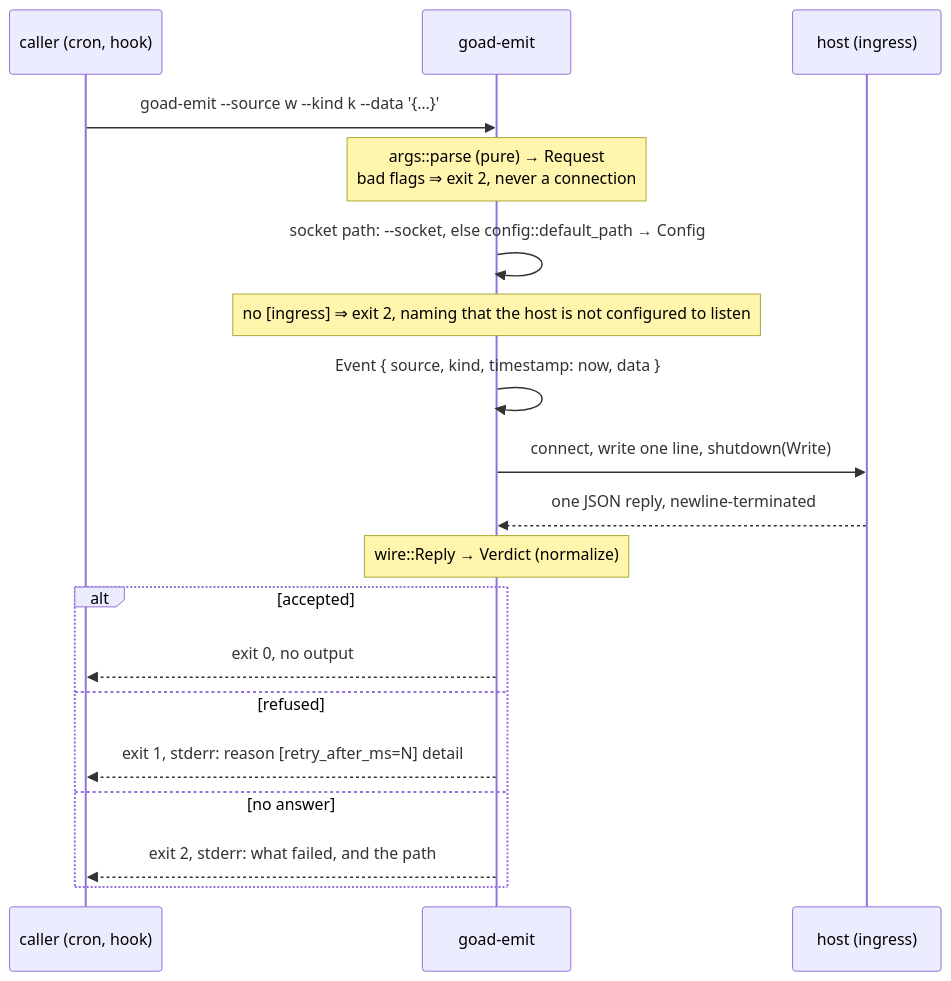
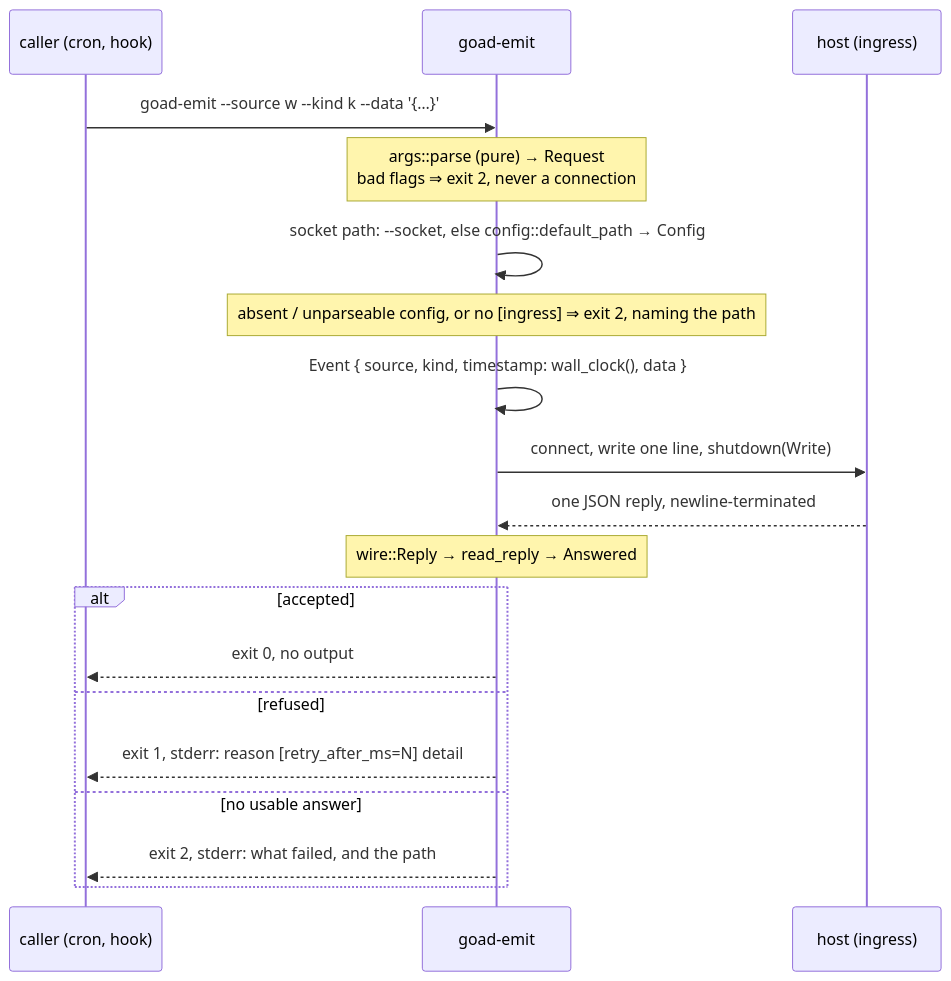
The second of 2 diagrams in docs/slices/005/design.md (davidlee/goad), drawn with Mermaid before and after one commit. The commit also changed other lines of this file and 4 other files, not shown here.

````diff
--- a/docs/slices/005/design.md
+++ b/docs/slices/005/design.md
@@ -186,22 +182,22 @@
 ```mermaid
 sequenceDiagram
   participant C as caller (cron, hook)
   participant E as goad-emit
   participant H as host (ingress)
 
   C->>E: goad-emit --source w --kind k --data '{…}'
   Note over E: args::parse (pure) → Request<br/>bad flags ⇒ exit 2, never a connection
   E->>E: socket path: --socket, else config::default_path → Config
-  Note over E: no [ingress] ⇒ exit 2, naming that the host is not configured to listen
-  E->>E: Event { source, kind, timestamp: now, data }
+  Note over E: absent / unparseable config, or no [ingress] ⇒ exit 2, naming the path
+  E->>E: Event { source, kind, timestamp: wall_clock(), data }
   E->>H: connect, write one line, shutdown(Write)
   H-->>E: one JSON reply, newline-terminated
-  Note over E: wire::Reply → Verdict (normalize)
+  Note over E: wire::Reply → read_reply → Answered
   alt accepted
     E-->>C: exit 0, no output
   else refused
     E-->>C: exit 1, stderr: reason [retry_after_ms=N] detail
-  else no answer
+  else no usable answer
     E-->>C: exit 2, stderr: what failed, and the path
   end
 ```
````
